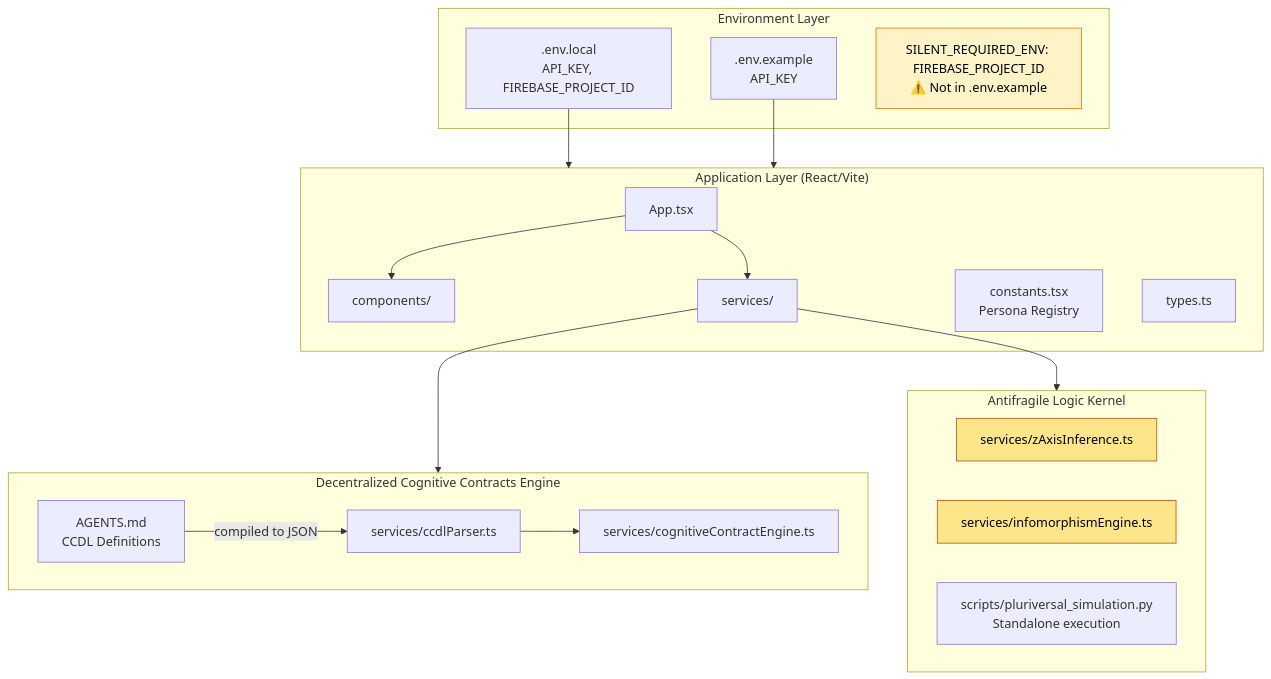
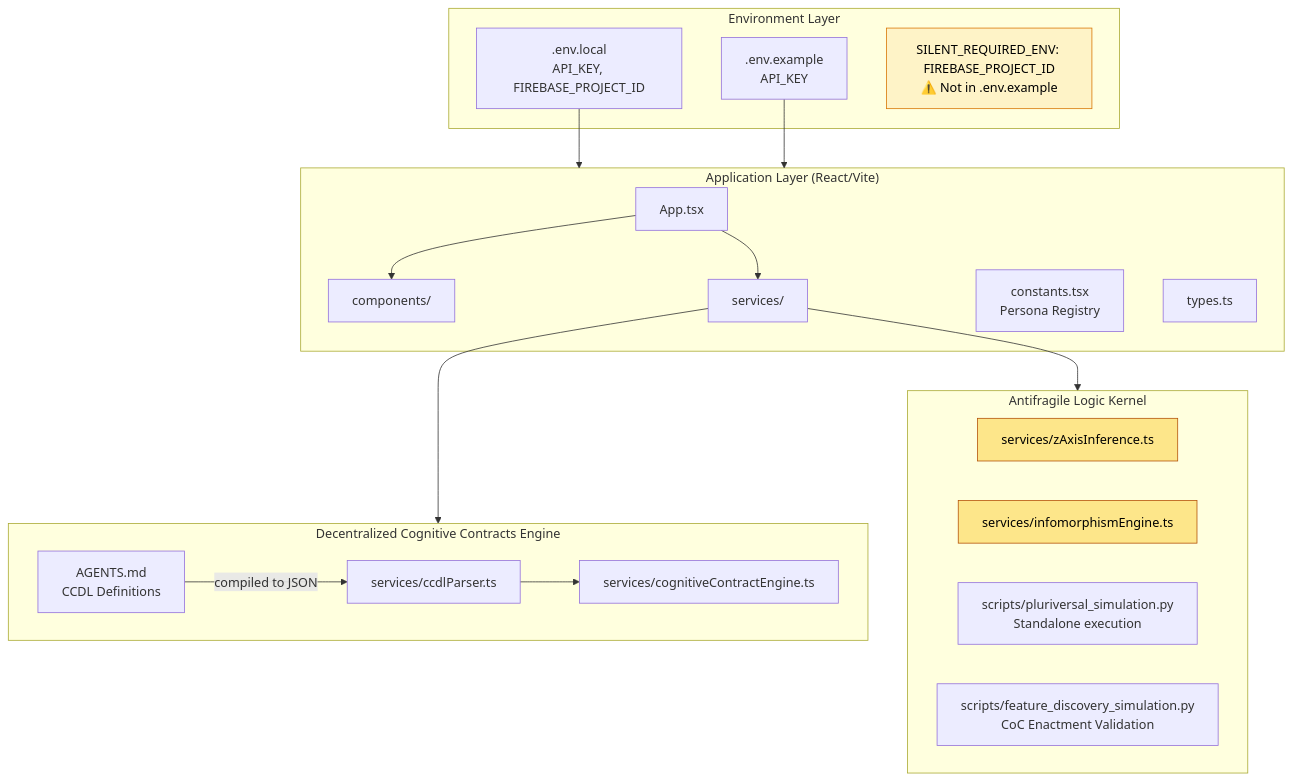
The first of 2 diagrams in 0xCARTO_SYNTHESIS.md (projectedanx/ACG), drawn with Mermaid before and after one commit. The commit also changed other lines of this file and 5 other files, not shown here.

Commit message:
feat: Integrate AEW Pluriversal Feature Discovery Agent

````diff
--- a/0xCARTO_SYNTHESIS.md
+++ b/0xCARTO_SYNTHESIS.md
@@ -36,40 +36,41 @@
 ```mermaid
 graph TD
     subgraph ENV["Environment Layer"]
         E1[.env.local<br/>API_KEY, FIREBASE_PROJECT_ID]
         E2[.env.example<br/>API_KEY]
         E3[SILENT_REQUIRED_ENV: FIREBASE_PROJECT_ID<br/>⚠️ Not in .env.example]
     end
 
     subgraph APP["Application Layer (React/Vite)"]
         A1[App.tsx]
         A2[components/]
         A3[services/]
         A4[constants.tsx<br/>Persona Registry]
         A5[types.ts]
     end
 
     subgraph DCCE["Decentralized Cognitive Contracts Engine"]
         D1[services/cognitiveContractEngine.ts]
         D2[AGENTS.md<br/>CCDL Definitions]
         D3[services/ccdlParser.ts]
     end
 
     subgraph ALK["Antifragile Logic Kernel"]
         L1[services/zAxisInference.ts]
         L2[services/infomorphismEngine.ts]
         L3[scripts/pluriversal_simulation.py<br/>Standalone execution]
+        L4[scripts/feature_discovery_simulation.py<br/>CoC Enactment Validation]
     end
 
     E1 --> APP
     E2 --> APP
     A1 --> A2 & A3
     A3 --> DCCE & ALK
     D2 -->|compiled to JSON| D3
     D3 --> D1
 
     classDef warning fill:#fef3c7,stroke:#d97706,color:#000
     classDef golden fill:#fde68a,stroke:#b45309,color:#000
     class E3 warning
     class L1,L2 golden
 ```
````
